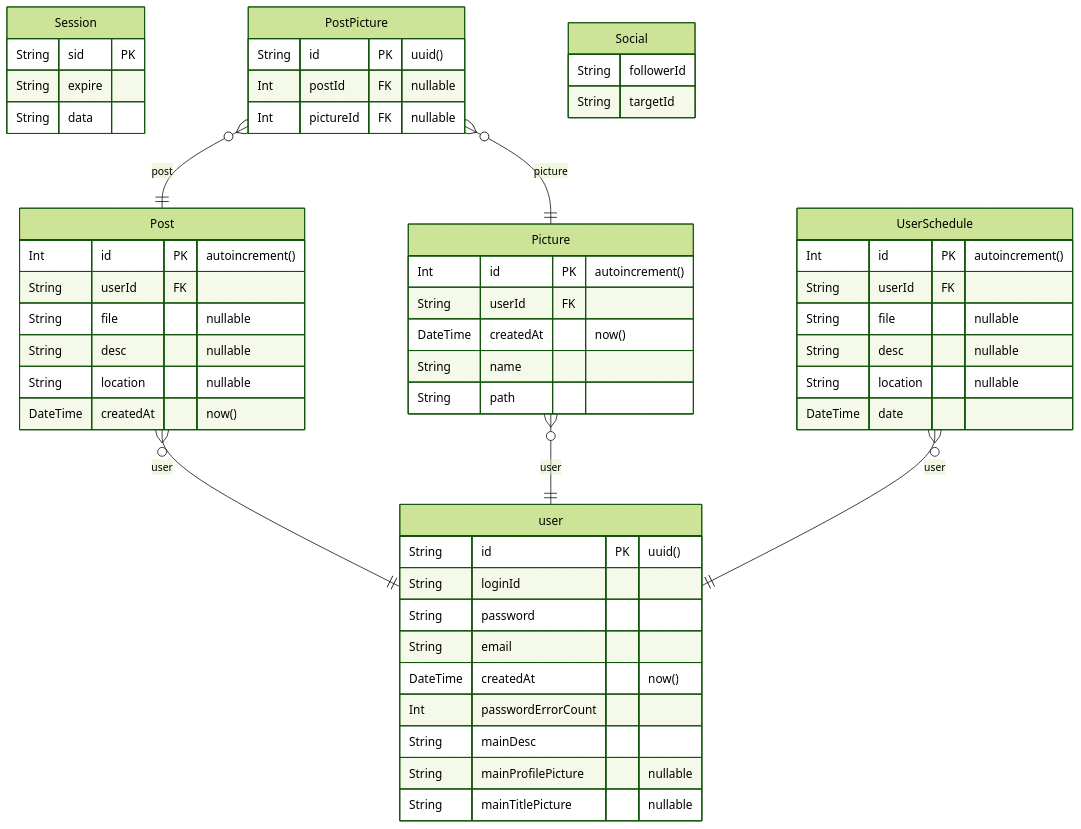
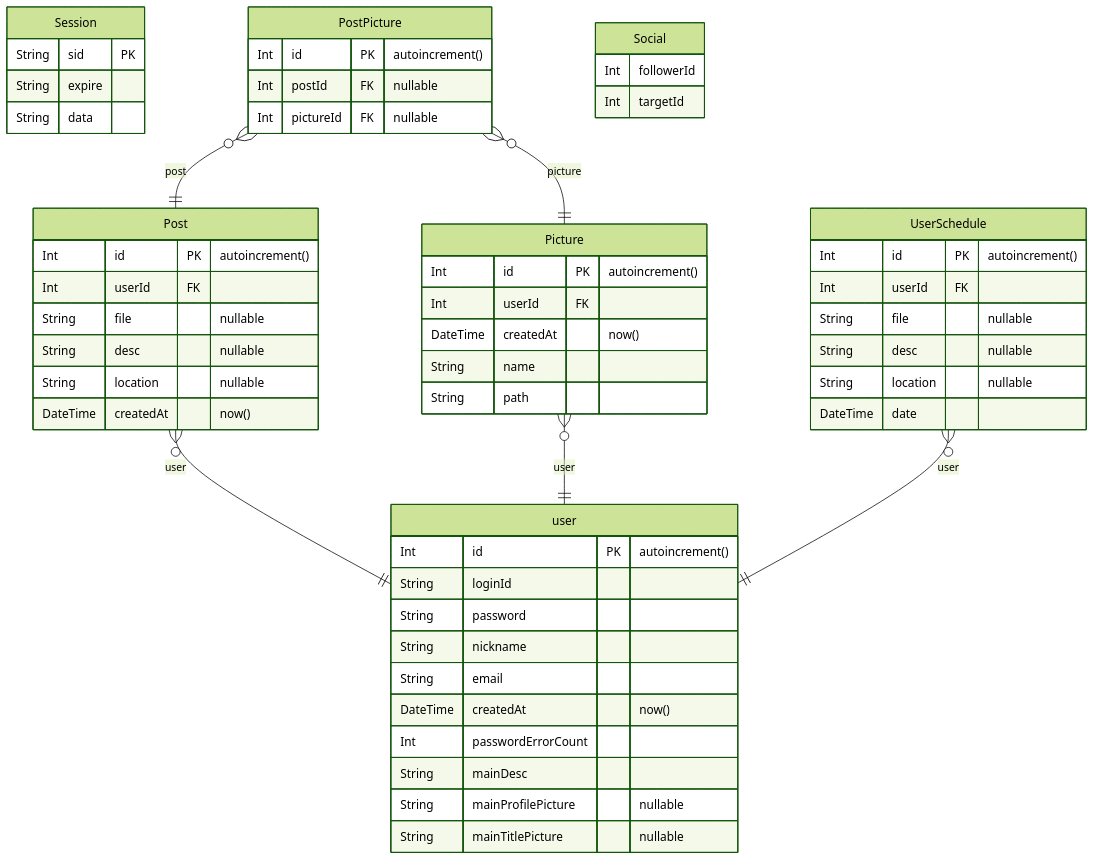
One commit to LuticaCANARD/Lutica_KNUT_Web_final changed the diagram in prisma/ERD.md. Above: the diagram before and after it, drawn with Mermaid (forest theme). The commit also changed 13 other files, not shown here.

````diff
--- a/prisma/ERD.md
+++ b/prisma/ERD.md
@@ -1,57 +1,58 @@
 ```mermaid
 erDiagram
 	Session {
 		String sid PK
 		String expire
 		String data
 	}
 	user {
-		String id PK  "uuid()"
+		Int id PK  "autoincrement()"
 		String loginId
 		String password
+		String nickname
 		String email
 		DateTime createdAt  "now()"
 		Int passwordErrorCount
 		String mainDesc
 		String mainProfilePicture  "nullable"
 		String mainTitlePicture  "nullable"
 	}
 	Post {
 		Int id PK  "autoincrement()"
-		String userId FK
+		Int userId FK
 		String file  "nullable"
 		String desc  "nullable"
 		String location  "nullable"
 		DateTime createdAt  "now()"
 	}
 	Picture {
 		Int id PK  "autoincrement()"
-		String userId FK
+		Int userId FK
 		DateTime createdAt  "now()"
 		String name
 		String path
 	}
 	PostPicture {
-		String id PK  "uuid()"
+		Int id PK  "autoincrement()"
 		Int postId FK  "nullable"
 		Int pictureId FK  "nullable"
 	}
 	UserSchedule {
 		Int id PK  "autoincrement()"
-		String userId FK
+		Int userId FK
 		String file  "nullable"
 		String desc  "nullable"
 		String location  "nullable"
 		DateTime date
 	}
 	Social {
-		String followerId
-		String targetId
+		Int followerId
+		Int targetId
 	}
 	Post }o--|| user : user
 	Picture }o--|| user : user
 	PostPicture }o--|| Post : post
 	PostPicture }o--|| Picture : picture
 	UserSchedule }o--|| user : user
 
 ```
````
